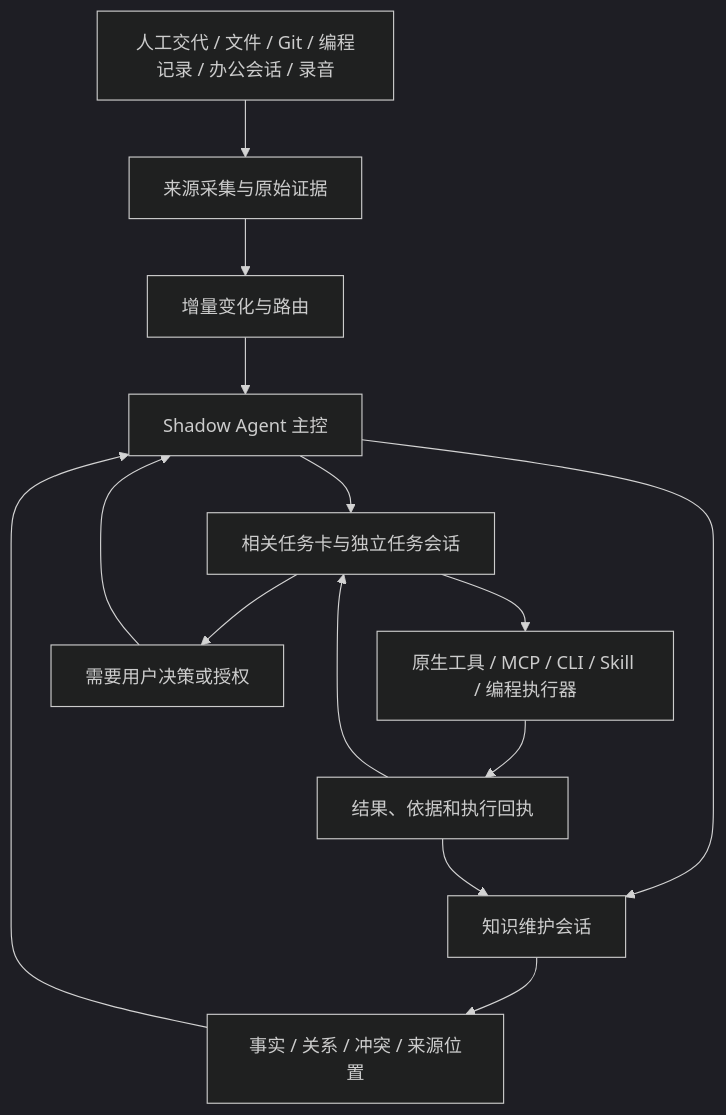
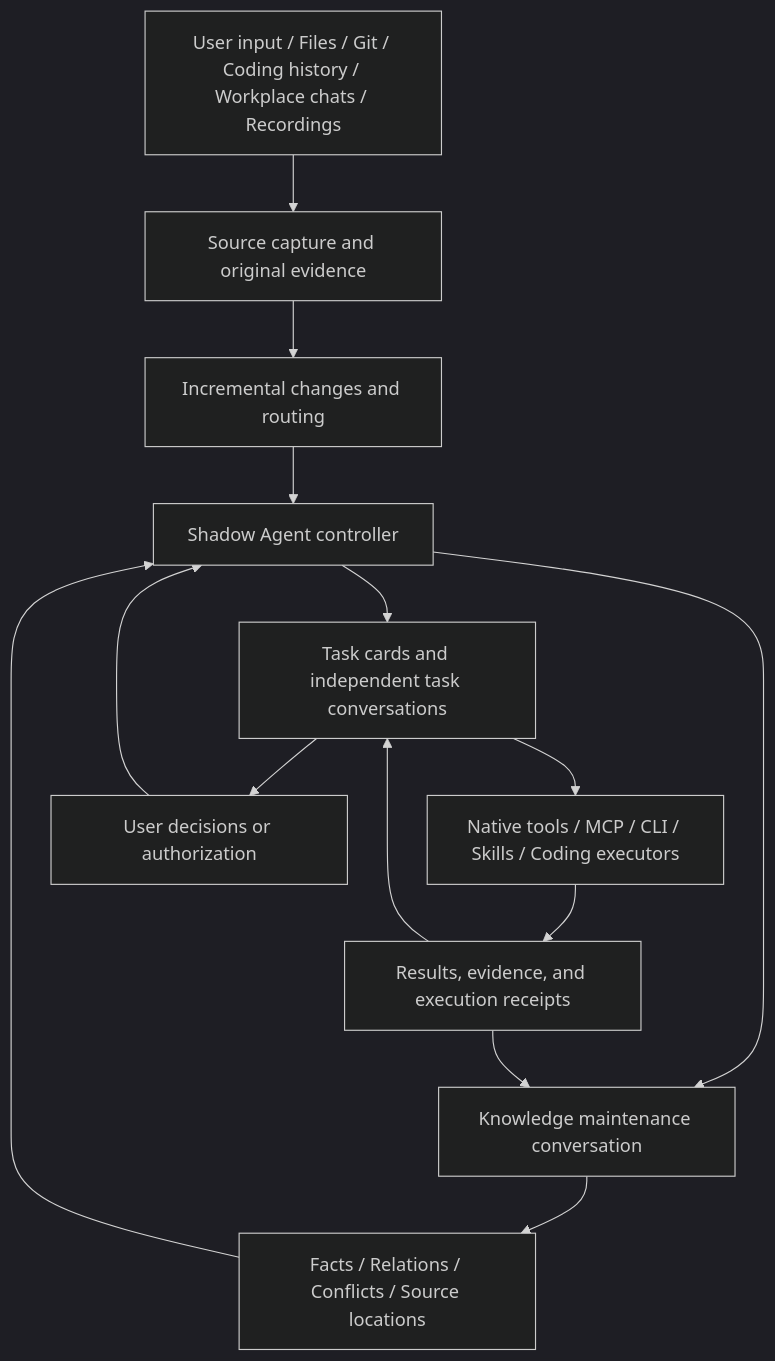
Before and after one commit to honghongzhenbang/shadow-agent: the diagram in README.md, drawn with Mermaid (dark theme). The commit also changed other lines of this file and 2 other files, not shown here.

````diff
--- a/README.md
+++ b/README.md
@@ -38,16 +40,16 @@
 ```mermaid
 flowchart TD
-    A[人工交代 / 文件 / Git / 编程记录 / 办公会话 / 录音] --> B[来源采集与原始证据]
-    B --> C[增量变化与路由]
-    C --> D[Shadow Agent 主控]
-    D --> E[知识维护会话]
-    D --> F[相关任务卡与独立任务会话]
-    E --> G[事实 / 关系 / 冲突 / 来源位置]
+    A[User input / Files / Git / Coding history / Workplace chats / Recordings] --> B[Source capture and original evidence]
+    B --> C[Incremental changes and routing]
+    C --> D[Shadow Agent controller]
+    D --> E[Knowledge maintenance conversation]
+    D --> F[Task cards and independent task conversations]
+    E --> G[Facts / Relations / Conflicts / Source locations]
     G --> D
-    F --> H[原生工具 / MCP / CLI / Skill / 编程执行器]
-    H --> I[结果、依据和执行回执]
+    F --> H[Native tools / MCP / CLI / Skills / Coding executors]
+    H --> I[Results, evidence, and execution receipts]
     I --> F
     I --> E
-    F --> J[需要用户决策或授权]
+    F --> J[User decisions or authorization]
     J --> D
 ```
````
